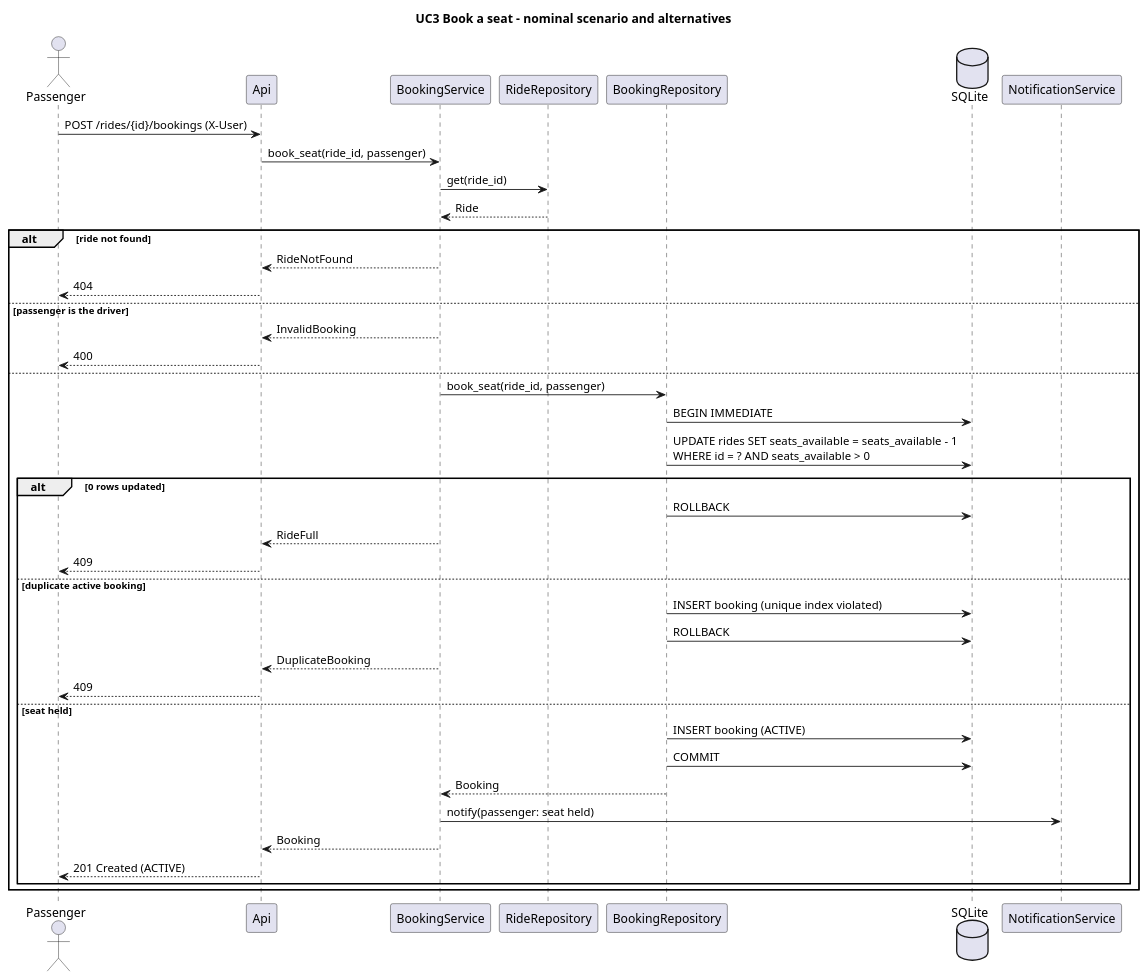
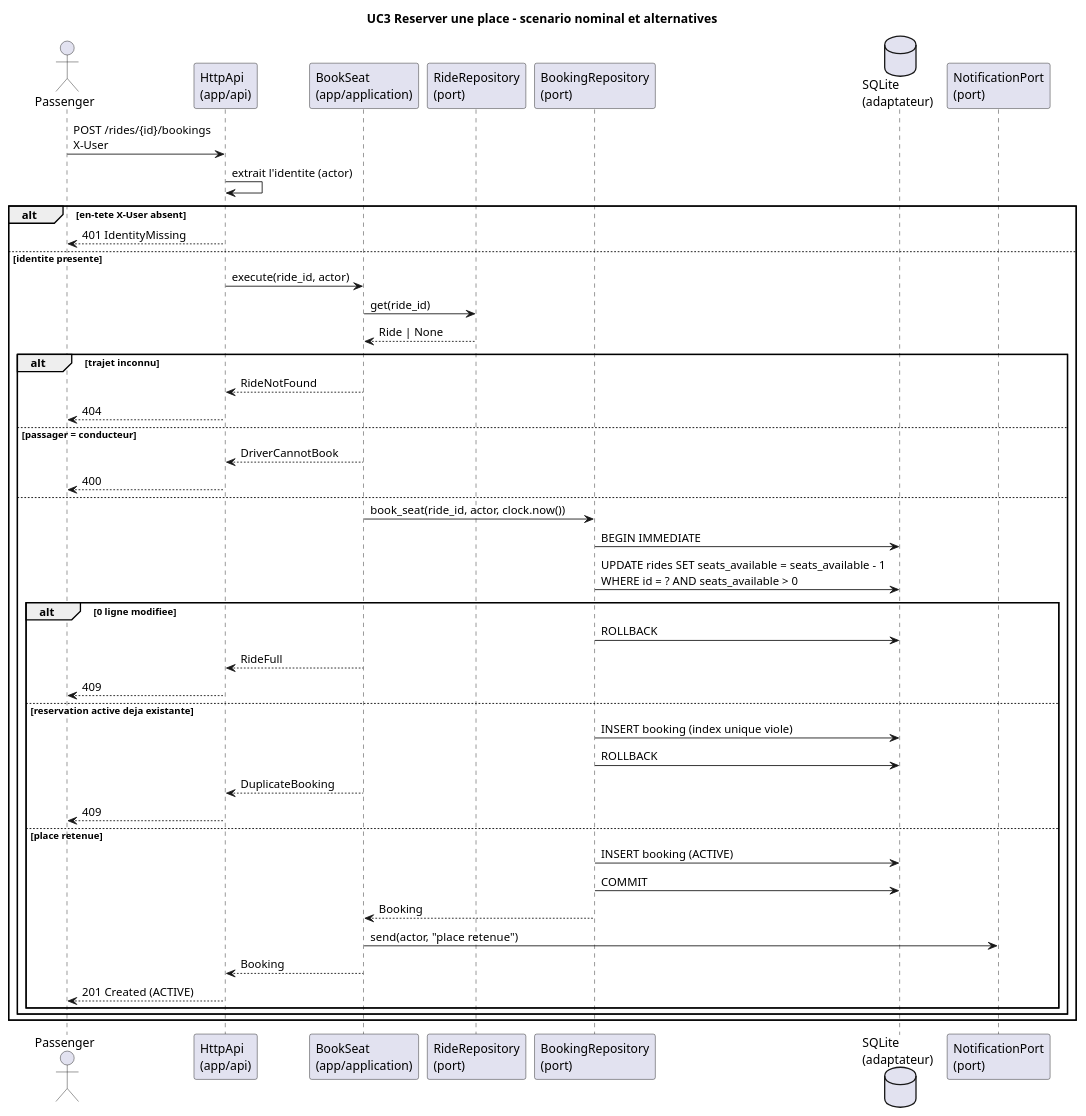
One commit to alaa-ilehi/Wasalni changed the diagram in docs/uml/uc3-sequence.puml. Above: the diagram before and after it, drawn with PlantUML. The commit also changed 47 other files, not shown here.

First line of the commit message:
feat(uc3): architecture en couches avec ports, ADR et vues UML

```diff
--- a/docs/uml/uc3-sequence.puml
+++ b/docs/uml/uc3-sequence.puml
@@ -1,43 +1,50 @@
 @startuml
-title UC3 Book a seat - nominal scenario and alternatives
+title UC3 Reserver une place - scenario nominal et alternatives
+skinparam defaultTextAlignment left
+
 actor Passenger
-participant Api
-participant BookingService
-participant RideRepository
-participant BookingRepository
-database SQLite
-participant NotificationService
+participant "HttpApi\n(app/api)" as Api
+participant "BookSeat\n(app/application)" as UC
+participant "RideRepository\n(port)" as Rides
+participant "BookingRepository\n(port)" as Bookings
+database "SQLite\n(adaptateur)" as DB
+participant "NotificationPort\n(port)" as Notif
 
-Passenger -> Api : POST /rides/{id}/bookings (X-User)
-Api -> BookingService : book_seat(ride_id, passenger)
-BookingService -> RideRepository : get(ride_id)
-RideRepository --> BookingService : Ride
-alt ride not found
-  BookingService --> Api : RideNotFound
-  Api --> Passenger : 404
-else passenger is the driver
-  BookingService --> Api : InvalidBooking
-  Api --> Passenger : 400
-else
-  BookingService -> BookingRepository : book_seat(ride_id, passenger)
-  BookingRepository -> SQLite : BEGIN IMMEDIATE
-  BookingRepository -> SQLite : UPDATE rides SET seats_available = seats_available - 1\nWHERE id = ? AND seats_available > 0
-  alt 0 rows updated
-    BookingRepository -> SQLite : ROLLBACK
-    BookingService --> Api : RideFull
-    Api --> Passenger : 409
-  else duplicate active booking
-    BookingRepository -> SQLite : INSERT booking (unique index violated)
-    BookingRepository -> SQLite : ROLLBACK
-    BookingService --> Api : DuplicateBooking
-    Api --> Passenger : 409
-  else seat held
-    BookingRepository -> SQLite : INSERT booking (ACTIVE)
-    BookingRepository -> SQLite : COMMIT
-    BookingRepository --> BookingService : Booking
-    BookingService -> NotificationService : notify(passenger: seat held)
-    BookingService --> Api : Booking
-    Api --> Passenger : 201 Created (ACTIVE)
+Passenger -> Api : POST /rides/{id}/bookings\nX-User
+Api -> Api : extrait l'identite (actor)
+alt en-tete X-User absent
+  Api --> Passenger : 401 IdentityMissing
+else identite presente
+  Api -> UC : execute(ride_id, actor)
+  UC -> Rides : get(ride_id)
+  Rides --> UC : Ride | None
+  alt trajet inconnu
+    UC --> Api : RideNotFound
+    Api --> Passenger : 404
+  else passager = conducteur
+    UC --> Api : DriverCannotBook
+    Api --> Passenger : 400
+  else
+    UC -> Bookings : book_seat(ride_id, actor, clock.now())
+    Bookings -> DB : BEGIN IMMEDIATE
+    Bookings -> DB : UPDATE rides SET seats_available = seats_available - 1\nWHERE id = ? AND seats_available > 0
+    alt 0 ligne modifiee
+      Bookings -> DB : ROLLBACK
+      UC --> Api : RideFull
+      Api --> Passenger : 409
+    else reservation active deja existante
+      Bookings -> DB : INSERT booking (index unique viole)
+      Bookings -> DB : ROLLBACK
+      UC --> Api : DuplicateBooking
+      Api --> Passenger : 409
+    else place retenue
+      Bookings -> DB : INSERT booking (ACTIVE)
+      Bookings -> DB : COMMIT
+      Bookings --> UC : Booking
+      UC -> Notif : send(actor, "place retenue")
+      UC --> Api : Booking
+      Api --> Passenger : 201 Created (ACTIVE)
+    end
   end
 end
 @enduml
```
